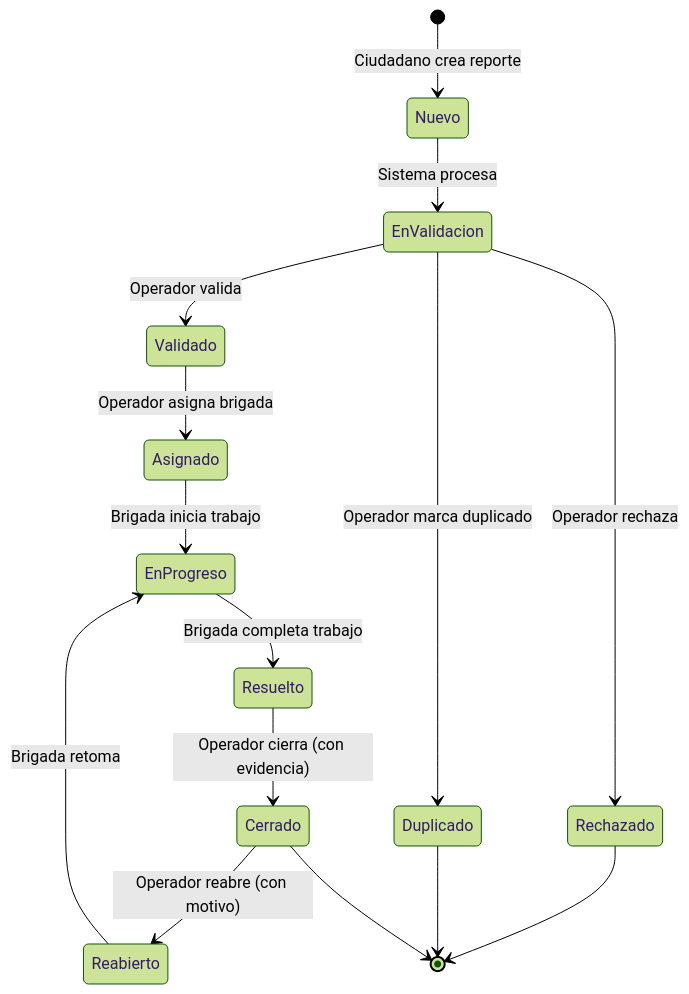
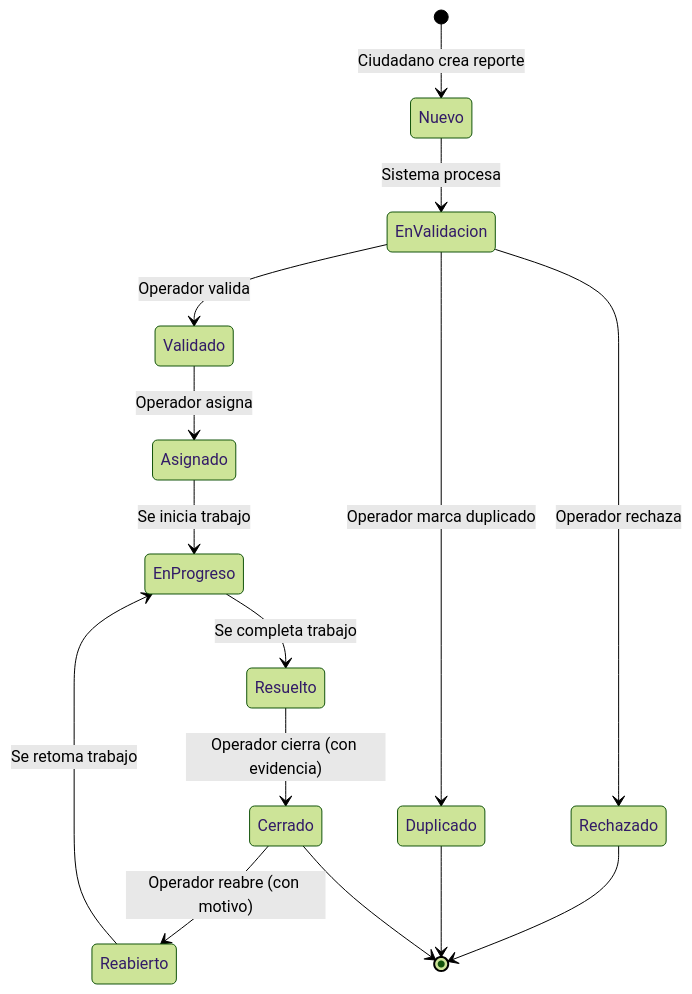
The diagram in docs/arquitectura/rbac.md (Gameoversv/sirccd-monorepo), drawn with Mermaid (forest theme) before and after one commit. The commit also changed other lines of this file and 117 other files, not shown here.

````diff
--- a/docs/arquitectura/rbac.md
+++ b/docs/arquitectura/rbac.md
@@ -491,19 +445,19 @@
 ```mermaid
 stateDiagram-v2
     [*] --> Nuevo: Ciudadano crea reporte
     Nuevo --> EnValidacion: Sistema procesa
     EnValidacion --> Validado: Operador valida
     EnValidacion --> Rechazado: Operador rechaza
     EnValidacion --> Duplicado: Operador marca duplicado
     
-    Validado --> Asignado: Operador asigna brigada
-    Asignado --> EnProgreso: Brigada inicia trabajo
-    EnProgreso --> Resuelto: Brigada completa trabajo
+    Validado --> Asignado: Operador asigna
+    Asignado --> EnProgreso: Se inicia trabajo
+    EnProgreso --> Resuelto: Se completa trabajo
     Resuelto --> Cerrado: Operador cierra (con evidencia)
     Cerrado --> Reabierto: Operador reabre (con motivo)
-    Reabierto --> EnProgreso: Brigada retoma
+    Reabierto --> EnProgreso: Se retoma trabajo
     
     Rechazado --> [*]
     Duplicado --> [*]
     Cerrado --> [*]
 ```
````
